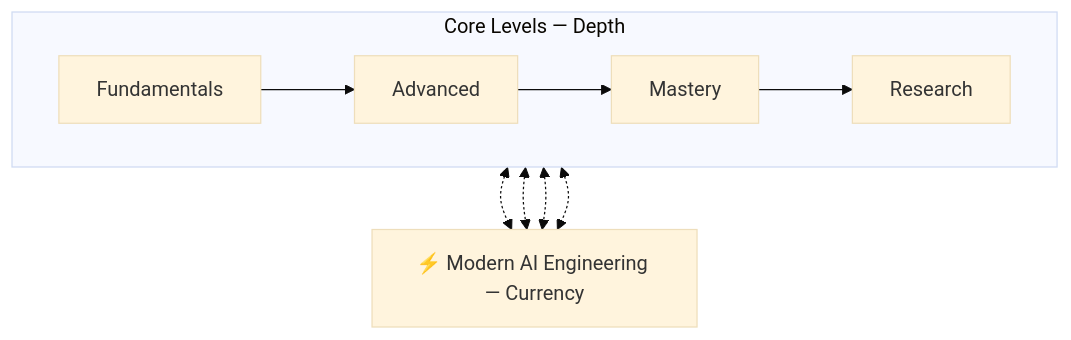
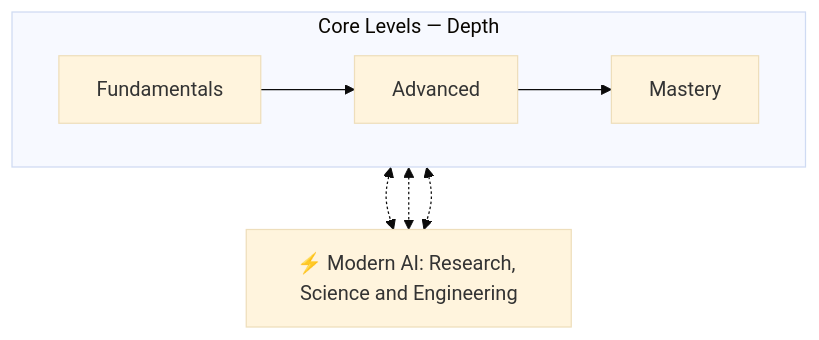
One commit to robotbrainlab/robotbrainlab.github.io changed the second of 6 diagrams in _sources/ai-roadmap/README.md. Above: the diagram before and after it, drawn with Mermaid (base theme). The commit also changed other lines of this file and 176 other files, not shown here.

````diff
--- a/_sources/ai-roadmap/README.md
+++ b/_sources/ai-roadmap/README.md
@@ -115,12 +91,11 @@
 ```mermaid
 flowchart TB
     subgraph CORE["Core Levels — Depth"]
         direction LR
-        F["Fundamentals"] --> A["Advanced"] --> M["Mastery"] --> R["Research"]
+        F["Fundamentals"] --> A["Advanced"] --> M["Mastery"]
     end
-    MAE["⚡ Modern AI Engineering — Currency"]
+    MAE["⚡ Modern AI: Research, Science and Engineering"]
     F <-.-> MAE
     A <-.-> MAE
     M <-.-> MAE
-    R <-.-> MAE
 ```
````
